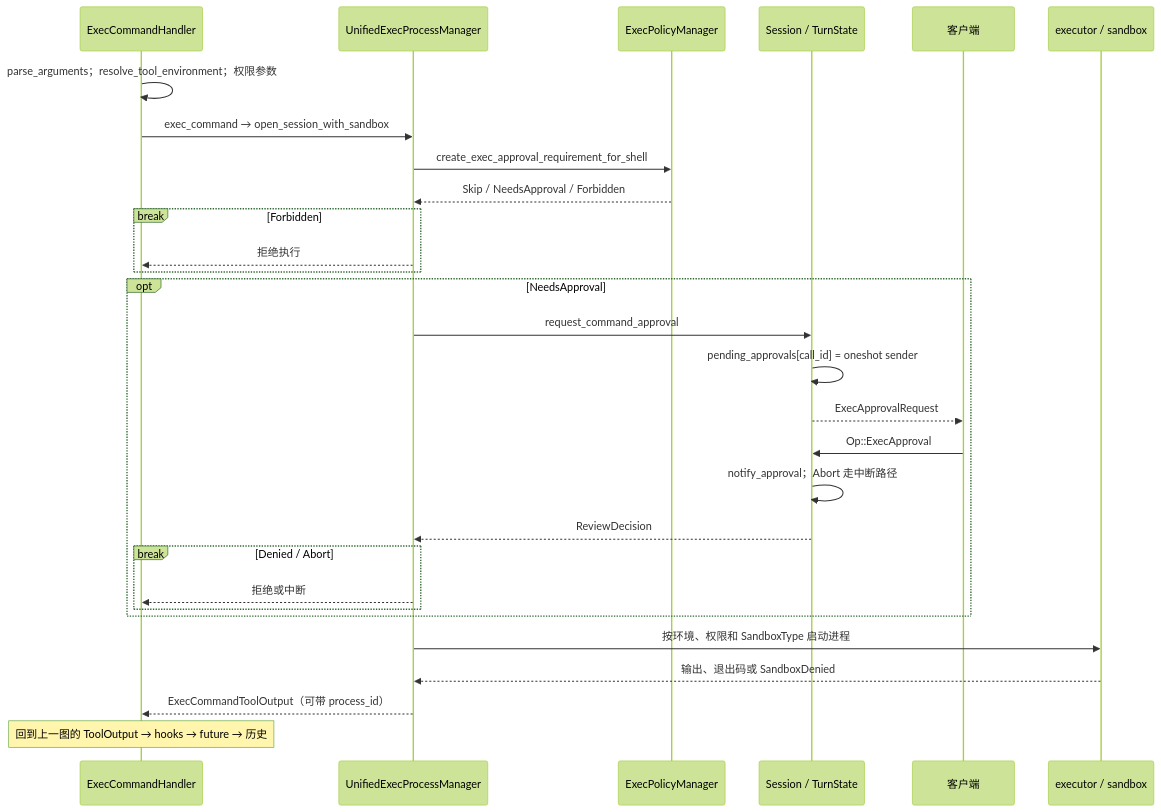
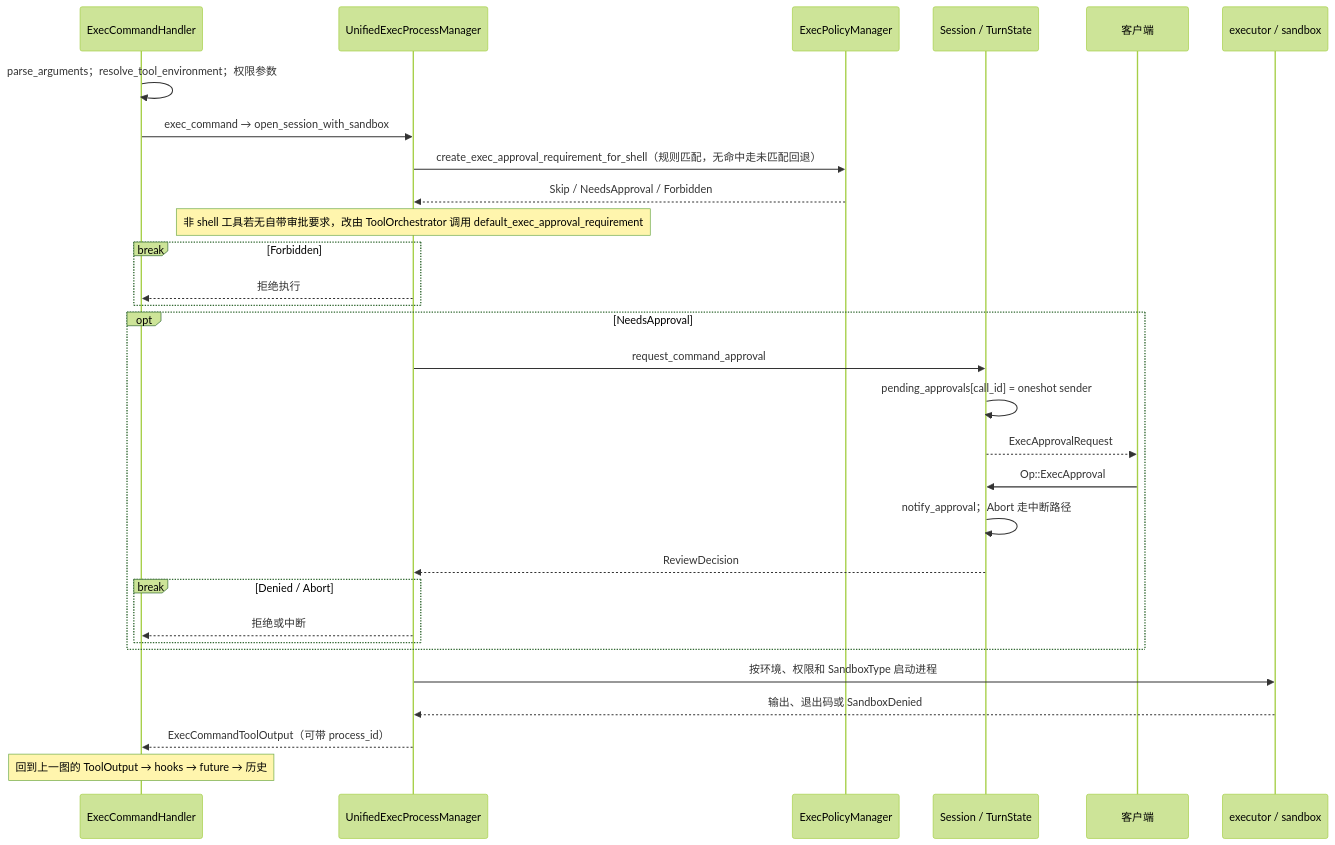
Before and after one commit to nickqiaoo/nickqiaoo.github.io: diagram 23 of 32 in src/content/post/agents-codex/index.md, drawn with Mermaid (forest theme). The commit also changed other lines of this file and 2 other files, not shown here.

````diff
--- a/src/content/post/agents-codex/index.md
+++ b/src/content/post/agents-codex/index.md
@@ -1527,31 +1562,32 @@
 ```mermaid
 sequenceDiagram
   participant H as ExecCommandHandler
   participant PM as UnifiedExecProcessManager
   participant EP as ExecPolicyManager
   participant S as Session / TurnState
   participant U as 客户端
   participant SB as executor / sandbox
   H->>H: parse_arguments；resolve_tool_environment；权限参数
   H->>PM: exec_command → open_session_with_sandbox
-  PM->>EP: create_exec_approval_requirement_for_shell
+  PM->>EP: create_exec_approval_requirement_for_shell（规则匹配，无命中走未匹配回退）
   EP-->>PM: Skip / NeedsApproval / Forbidden
+  Note over PM: 非 shell 工具若无自带审批要求，改由 ToolOrchestrator 调用 default_exec_approval_requirement
   break Forbidden
     PM-->>H: 拒绝执行
   end
   opt NeedsApproval
     PM->>S: request_command_approval
     S->>S: pending_approvals[call_id] = oneshot sender
     S-->>U: ExecApprovalRequest
     U->>S: Op::ExecApproval
     S->>S: notify_approval；Abort 走中断路径
     S-->>PM: ReviewDecision
     break Denied / Abort
       PM-->>H: 拒绝或中断
     end
   end
   PM->>SB: 按环境、权限和 SandboxType 启动进程
   SB-->>PM: 输出、退出码或 SandboxDenied
   PM-->>H: ExecCommandToolOutput（可带 process_id）
   Note over H: 回到上一图的 ToolOutput → hooks → future → 历史
 ```
````
